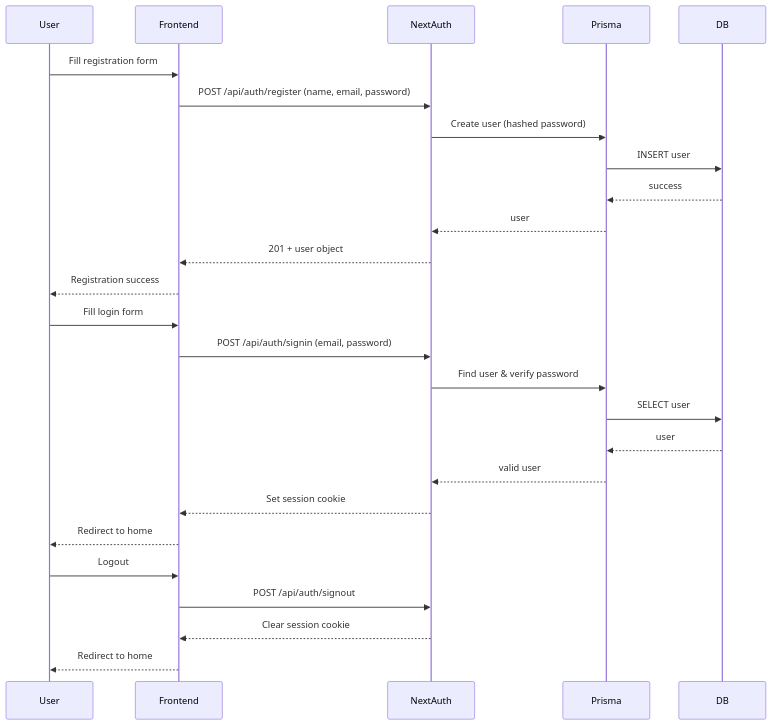
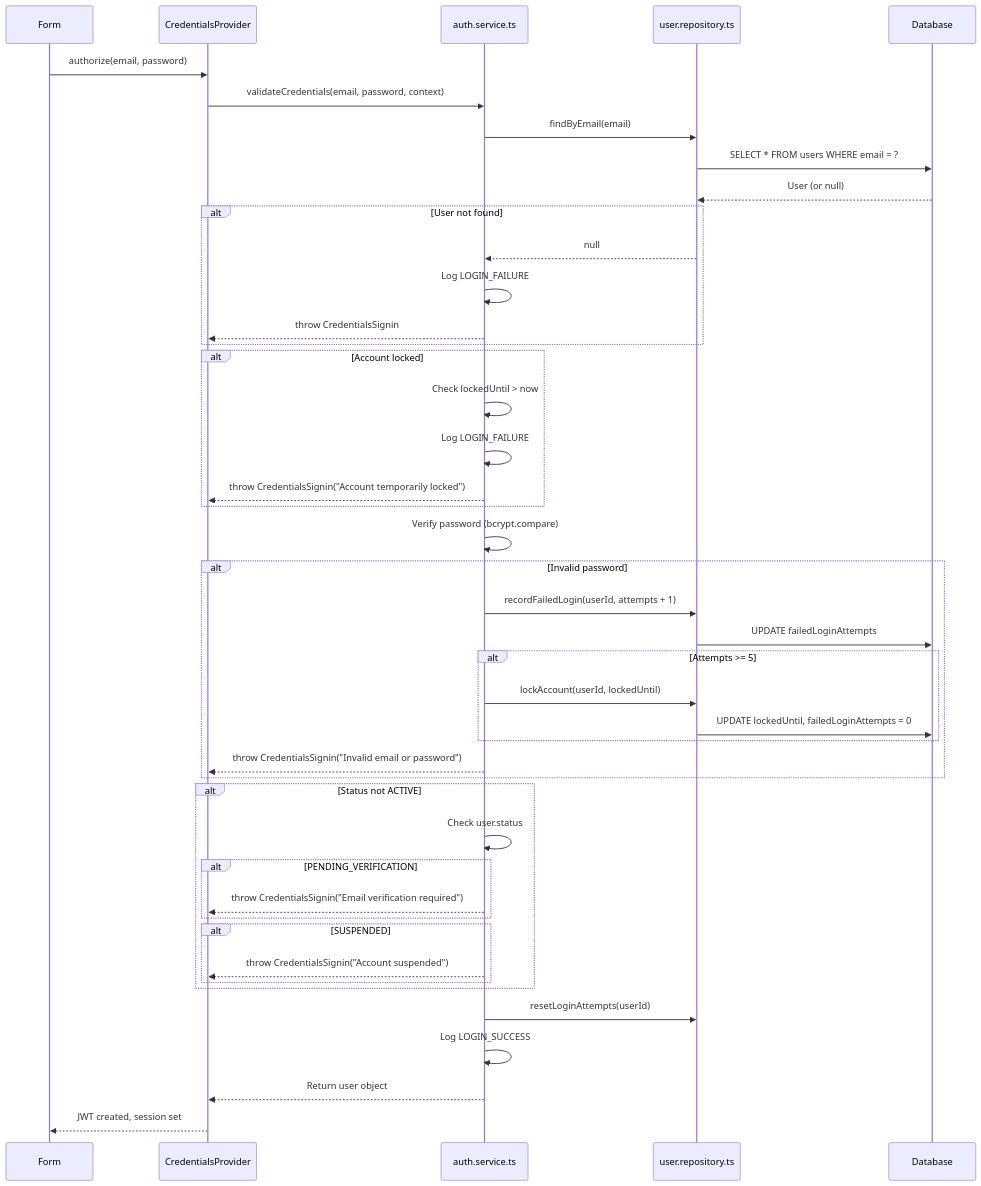
The fourth of 11 diagrams in docs/Architecture.md (Sahas2711/Snapora), drawn with Mermaid before and after one commit. The commit also changed other lines of this file and 14 other files, not shown here.

````diff
--- a/docs/Architecture.md
+++ b/docs/Architecture.md
@@ -43,31 +388,54 @@
 ```mermaid
 sequenceDiagram
-    participant User
-    participant Frontend
-    participant NextAuth
-    participant Prisma
-    participant DB
-
-    User->>Frontend: Fill registration form
-    Frontend->>NextAuth: POST /api/auth/register (name, email, password)
-    NextAuth->>Prisma: Create user (hashed password)
-    Prisma->>DB: INSERT user
-    DB-->>Prisma: success
-    Prisma-->>NextAuth: user
-    NextAuth-->>Frontend: 201 + user object
-    Frontend-->>User: Registration success
-
-    User->>Frontend: Fill login form
-    Frontend->>NextAuth: POST /api/auth/signin (email, password)
-    NextAuth->>Prisma: Find user & verify password
-    Prisma->>DB: SELECT user
-    DB-->>Prisma: user
-    Prisma-->>NextAuth: valid user
-    NextAuth-->>Frontend: Set session cookie
-    Frontend-->>User: Redirect to home
-
-    User->>Frontend: Logout
-    Frontend->>NextAuth: POST /api/auth/signout
-    NextAuth-->>Frontend: Clear session cookie
-    Frontend-->>User: Redirect to home
+    participant F as Form
+    participant P as CredentialsProvider
+    participant AS as auth.service.ts
+    participant UR as user.repository.ts
+    participant DB as Database
+    
+    F->>P: authorize(email, password)
+    P->>AS: validateCredentials(email, password, context)
+    
+    AS->>UR: findByEmail(email)
+    UR->>DB: SELECT * FROM users WHERE email = ?
+    DB-->>UR: User (or null)
+    
+    alt User not found
+        UR-->>AS: null
+        AS->>AS: Log LOGIN_FAILURE
+        AS-->>P: throw CredentialsSignin
+    end
+    
+    alt Account locked
+        AS->>AS: Check lockedUntil > now
+        AS->>AS: Log LOGIN_FAILURE
+        AS-->>P: throw CredentialsSignin("Account temporarily locked")
+    end
+    
+    AS->>AS: Verify password (bcrypt.compare)
+    
+    alt Invalid password
+        AS->>UR: recordFailedLogin(userId, attempts + 1)
+        UR->>DB: UPDATE failedLoginAttempts
+        alt Attempts >= 5
+            AS->>UR: lockAccount(userId, lockedUntil)
+            UR->>DB: UPDATE lockedUntil, failedLoginAttempts = 0
+        end
+        AS-->>P: throw CredentialsSignin("Invalid email or password")
+    end
+    
+    alt Status not ACTIVE
+        AS->>AS: Check user.status
+        alt PENDING_VERIFICATION
+            AS-->>P: throw CredentialsSignin("Email verification required")
+        end
+        alt SUSPENDED
+            AS-->>P: throw CredentialsSignin("Account suspended")
+        end
+    end
+    
+    AS->>UR: resetLoginAttempts(userId)
+    AS->>AS: Log LOGIN_SUCCESS
+    AS-->>P: Return user object
+    P-->>F: JWT created, session set
 ```
````
